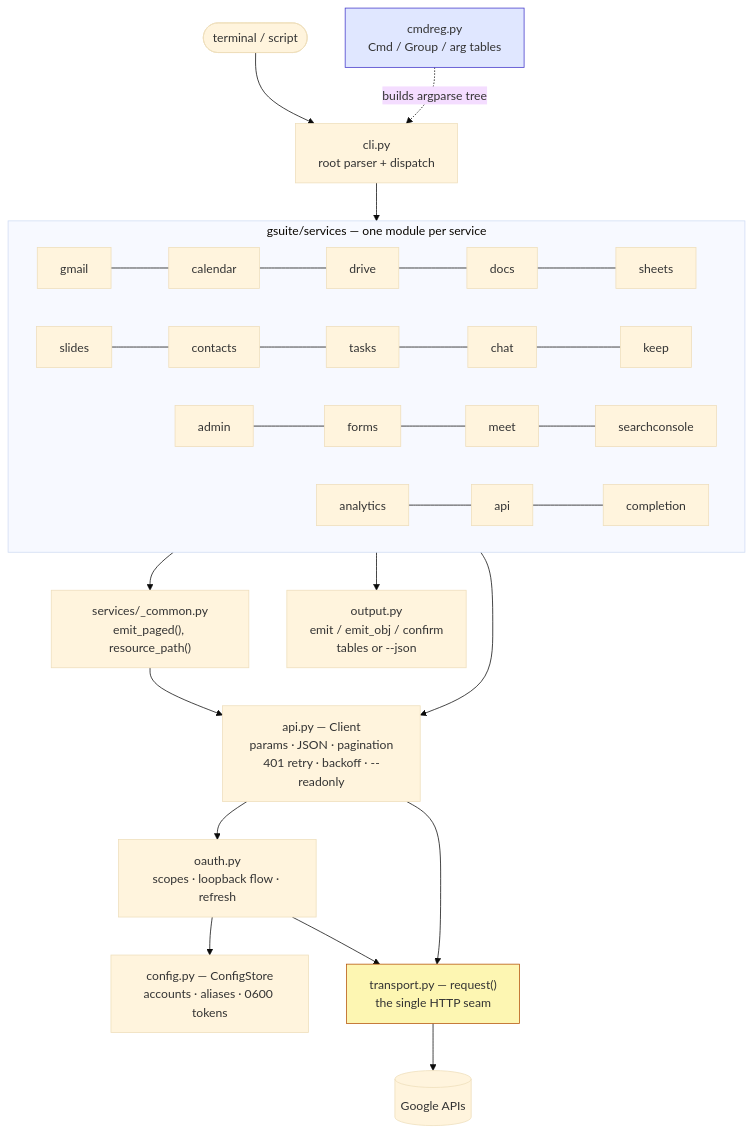
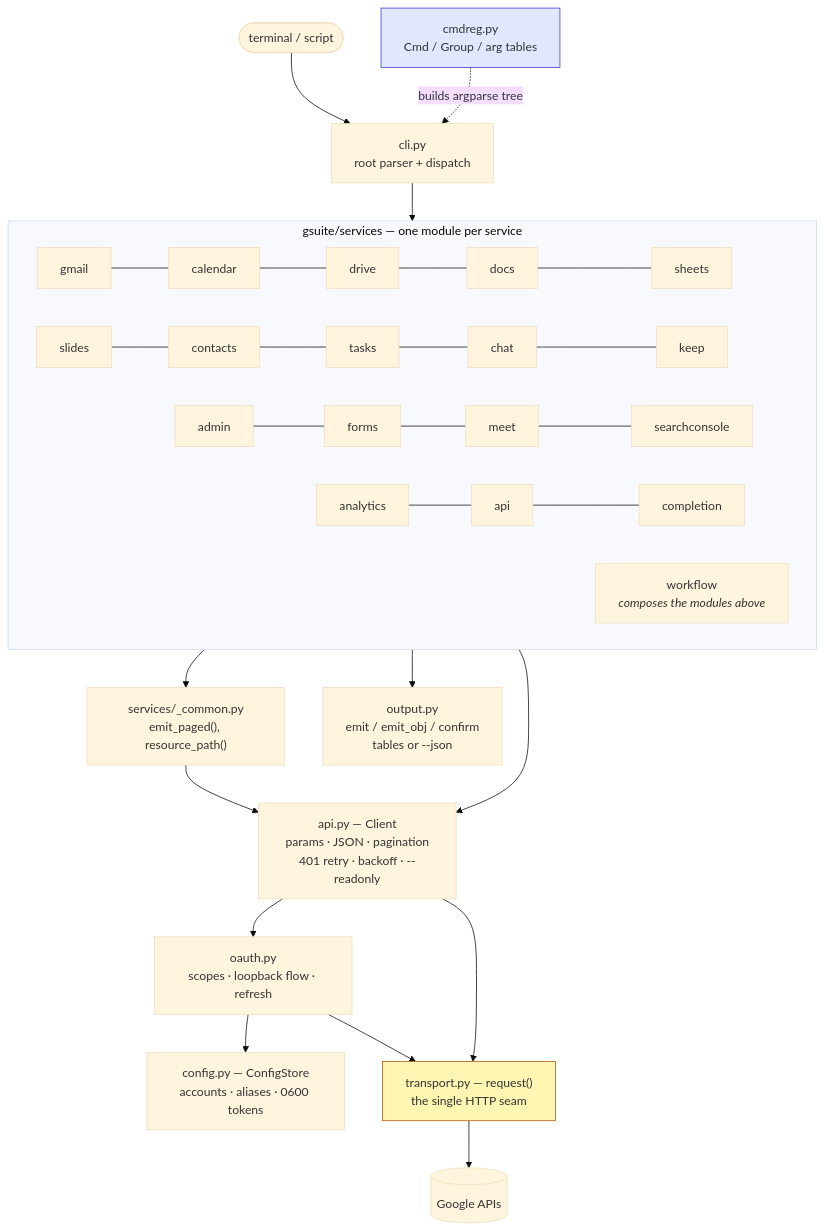
The first of 3 diagrams in docs/architecture.md (pfeilbr/git-scratchpad), drawn with Mermaid (base theme) before and after one commit. The commit also changed 10 other files, not shown here.

````diff
--- a/docs/architecture.md
+++ b/docs/architecture.md
@@ -9,27 +9,28 @@
 ```mermaid
 flowchart TD
     U([terminal / script]) --> CLI["cli.py<br/>root parser + dispatch"]
 
     subgraph SVC ["gsuite/services — one module per service"]
         direction LR
         GM[gmail] --- CA[calendar] --- DR[drive] --- DO[docs] --- SH[sheets]
         SL[slides] --- CO[contacts] --- TA[tasks] --- CH[chat] --- KE[keep]
         AD[admin] --- FO[forms] --- ME[meet] --- SC[searchconsole]
         AN[analytics] --- AP[api] --- CP[completion]
+        WF["workflow<br/><i>composes the modules above</i>"]
     end
 
     CLI --> SVC
     REG["cmdreg.py<br/>Cmd / Group / arg tables"] -. "builds argparse tree" .-> CLI
     SVC --> COMMON["services/_common.py<br/>emit_paged(), resource_path()"]
     SVC --> OUT["output.py<br/>emit / emit_obj / confirm<br/>tables or --json"]
     COMMON --> CLIENT
     SVC --> CLIENT["api.py — Client<br/>params · JSON · pagination<br/>401 retry · backoff · --readonly"]
     CLIENT --> OAUTH["oauth.py<br/>scopes · loopback flow · refresh"]
     OAUTH --> CFG["config.py — ConfigStore<br/>accounts · aliases · 0600 tokens"]
     CLIENT --> T["transport.py — request()<br/>the single HTTP seam"]
     OAUTH --> T
     T --> G[(Google APIs)]
 
     style T fill:#fdf6b2,stroke:#b45309
     style REG fill:#e0e7ff,stroke:#4338ca
 ```
````
